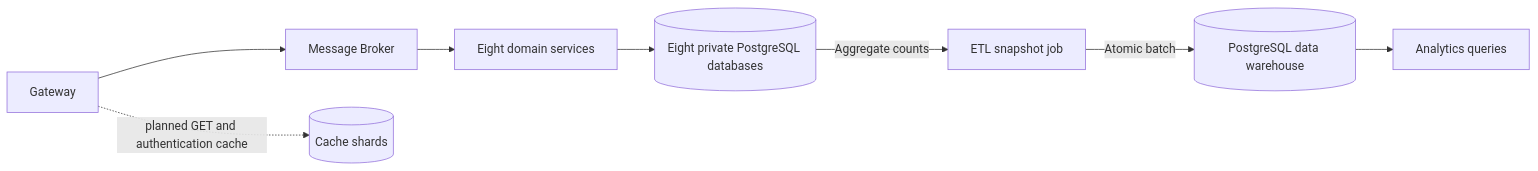
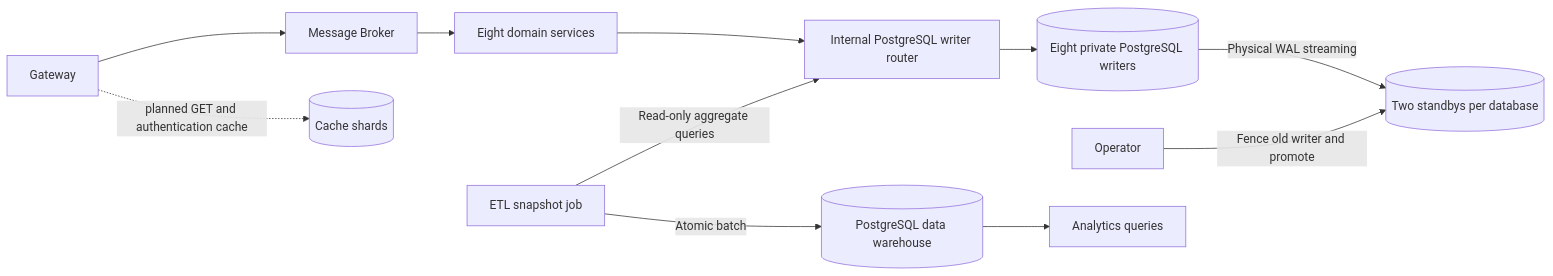
The first of 3 diagrams in docs/architecture.md (PAD-TEAM-7/PAD-TEAM-7), drawn with Mermaid before and after one commit. The commit also changed 14 other files, not shown here.

Commit message:
feat(platform): replicate all eight databases and verify fenced failover

````diff
--- a/docs/architecture.md
+++ b/docs/architecture.md
@@ -7,10 +7,13 @@
 ```mermaid
 flowchart LR
     Gateway[Gateway] --> Broker[Message Broker]
     Broker --> Services[Eight domain services]
-    Services --> Sources[(Eight private PostgreSQL databases)]
-    Sources -->|Aggregate counts| ETL[ETL snapshot job]
+    Services --> Router[Internal PostgreSQL writer router]
+    ETL[ETL snapshot job] -->|Read-only aggregate queries| Router
+    Router --> Sources[(Eight private PostgreSQL writers)]
+    Sources -->|Physical WAL streaming| Standbys[(Two standbys per database)]
+    Operator[Operator] -->|Fence old writer and promote| Standbys
     ETL -->|Atomic batch| Warehouse[(PostgreSQL data warehouse)]
     Warehouse --> Analytics[Analytics queries]
     Gateway -. planned GET and authentication cache .-> Cache[(Cache shards)]
 ```
````
